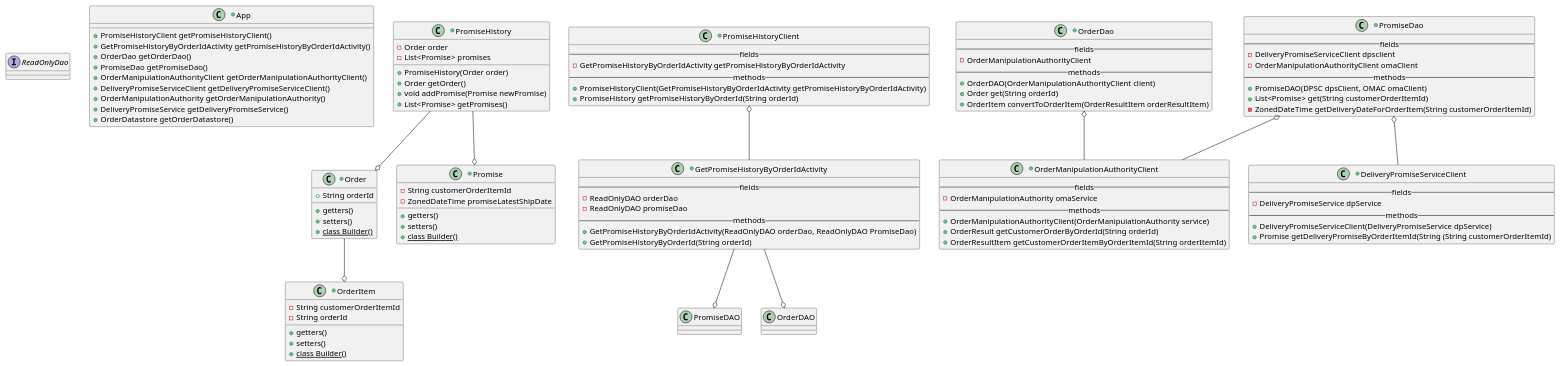
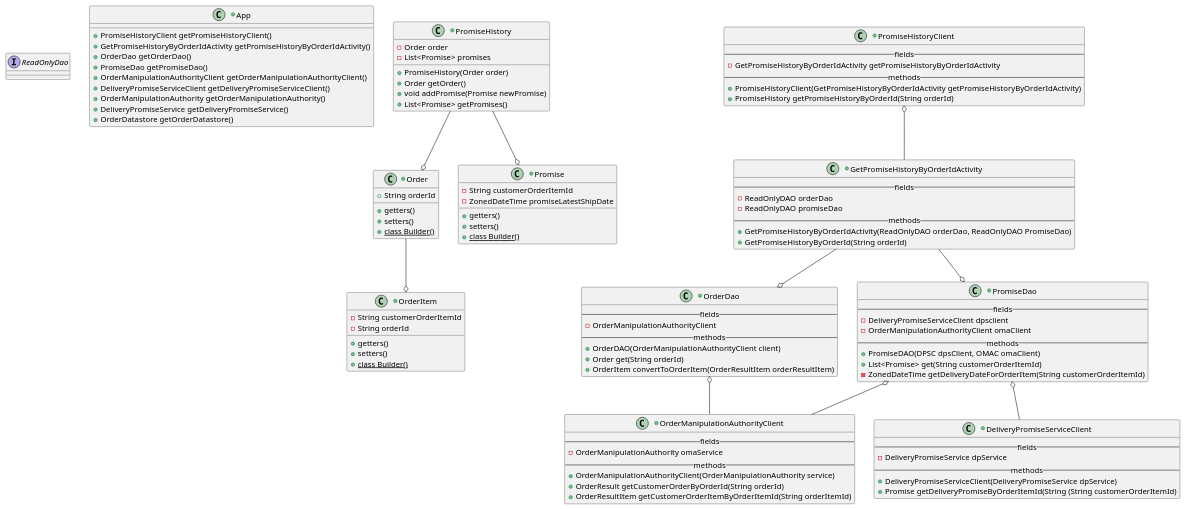
Before and after one commit to everythinginmoderation2/bd-intermediate-java-project: the diagram in src/resources/deliveringonourpromise_CD.puml, drawn with PlantUML.

Commit message:
puml corrections

```diff
--- a/src/resources/deliveringonourpromise_CD.puml
+++ b/src/resources/deliveringonourpromise_CD.puml
@@ -1,119 +1,119 @@
 @startuml
 'https://plantuml.com/class-diagram'
 
 interface ReadOnlyDao
 
 +class App {
     +PromiseHistoryClient getPromiseHistoryClient()
     +GetPromiseHistoryByOrderIdActivity getPromiseHistoryByOrderIdActivity()
     +OrderDao getOrderDao()
     +PromiseDao getPromiseDao()
     +OrderManipulationAuthorityClient getOrderManipulationAuthorityClient()
     +DeliveryPromiseServiceClient getDeliveryPromiseServiceClient()
     +OrderManipulationAuthority getOrderManipulationAuthority()
     +DeliveryPromiseService getDeliveryPromiseService()
     +OrderDatastore getOrderDatastore()
 }
 
 +class Order {
     +String orderId
     +getters()
     +setters()
     +{static} class Builder()
 }
 
 +class OrderItem {
     -String customerOrderItemId
     -String orderId
     +getters()
     +setters()
     +{static} class Builder()
 }
 
 +class Promise {
     -String customerOrderItemId
     -ZonedDateTime promiseLatestShipDate
     +getters()
     +setters()
     +{static} class Builder()
 }
 
 +class PromiseHistory {
     -Order order
     -List<Promise> promises
     +PromiseHistory(Order order)
     +Order getOrder()
     +void addPromise(Promise newPromise)
     +List<Promise> getPromises()
 }
 
 +class PromiseHistoryClient {
     --fields--
     -GetPromiseHistoryByOrderIdActivity getPromiseHistoryByOrderIdActivity
     --methods--
     +PromiseHistoryClient(GetPromiseHistoryByOrderIdActivity getPromiseHistoryByOrderIdActivity)
     +PromiseHistory getPromiseHistoryByOrderId(String orderId)
 }
 
 +class GetPromiseHistoryByOrderIdActivity {
     --fields--
     -ReadOnlyDAO orderDao
     -ReadOnlyDAO promiseDao
     --methods--
     +GetPromiseHistoryByOrderIdActivity(ReadOnlyDAO orderDao, ReadOnlyDAO PromiseDao)
     +GetPromiseHistoryByOrderId(String orderId)
 }
 
 +class OrderDao {
     --fields--
     -OrderManipulationAuthorityClient
     --methods--
     +OrderDAO(OrderManipulationAuthorityClient client)
     +Order get(String orderId)
     +OrderItem convertToOrderItem(OrderResultItem orderResultItem)
 }
 
 +class PromiseDao {
     --fields--
     -DeliveryPromiseServiceClient dpsclient
     -OrderManipulationAuthorityClient omaClient
     --methods--
     +PromiseDAO(DPSC dpsClient, OMAC omaClient)
     +List<Promise> get(String customerOrderItemId)
     -ZonedDateTime getDeliveryDateForOrderItem(String customerOrderItemId)
 }
 
 +class OrderManipulationAuthorityClient {
     --fields--
     -OrderManipulationAuthority omaService
     --methods--
     +OrderManipulationAuthorityClient(OrderManipulationAuthority service)
     +OrderResult getCustomerOrderByOrderId(String orderId)
     +OrderResultItem getCustomerOrderItemByOrderItemId(String orderItemId)
 }
 
 +class DeliveryPromiseServiceClient {
     --fields--
     -DeliveryPromiseService dpService
     --methods--
     +DeliveryPromiseServiceClient(DeliveryPromiseService dpService)
     +Promise getDeliveryPromiseByOrderItemId(String (String customerOrderItemId)
 }
 
 
 
 
 
 
 
 PromiseHistoryClient o-- GetPromiseHistoryByOrderIdActivity
-GetPromiseHistoryByOrderIdActivity --o PromiseDAO
-GetPromiseHistoryByOrderIdActivity --o OrderDAO
+GetPromiseHistoryByOrderIdActivity --o PromiseDao
+GetPromiseHistoryByOrderIdActivity --o OrderDao
 PromiseDao o-- DeliveryPromiseServiceClient
 PromiseDao o-- OrderManipulationAuthorityClient
 OrderDao o-- OrderManipulationAuthorityClient
 PromiseHistory --o Order
 PromiseHistory --o Promise
 Order --o OrderItem
 
 @enduml
```
